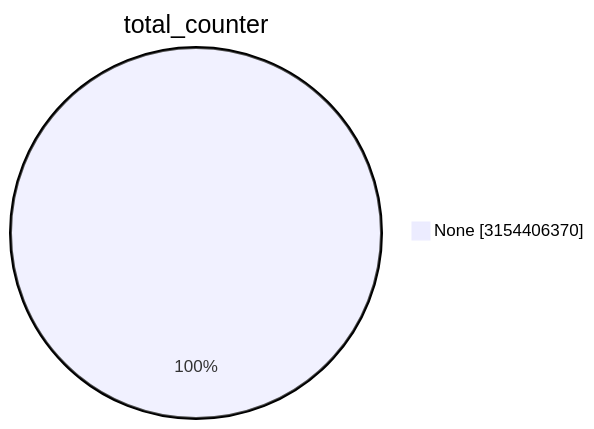
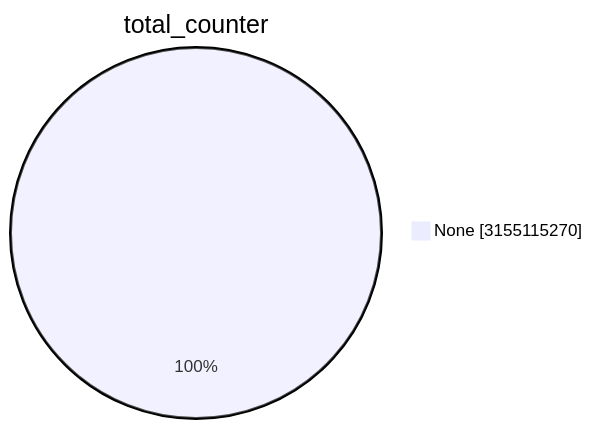
The first of 15 diagrams in TOTAL/README.md (christiankrug/ctmonitor_visualization), drawn with Mermaid before and after one commit. The commit also changed other lines of this file, not shown here.

````diff
--- a/TOTAL/README.md
+++ b/TOTAL/README.md
@@ -1,5 +1,5 @@
 ```mermaid
 pie showData
 title total_counter
-"None" :3154406370
+"None" :3155115270
 ```
````
